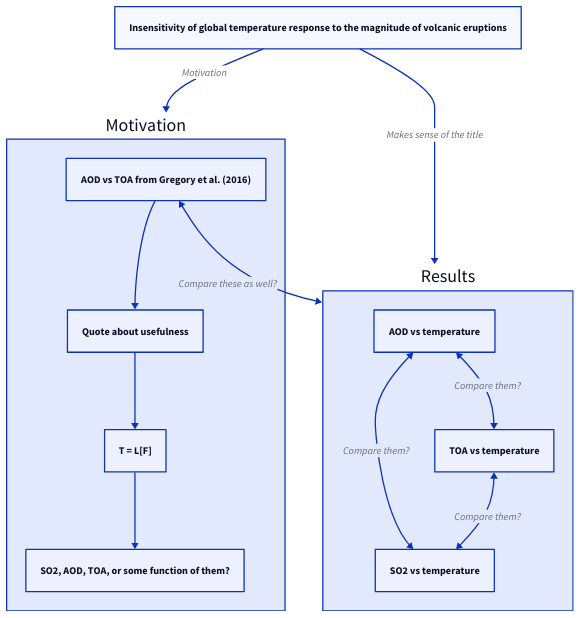
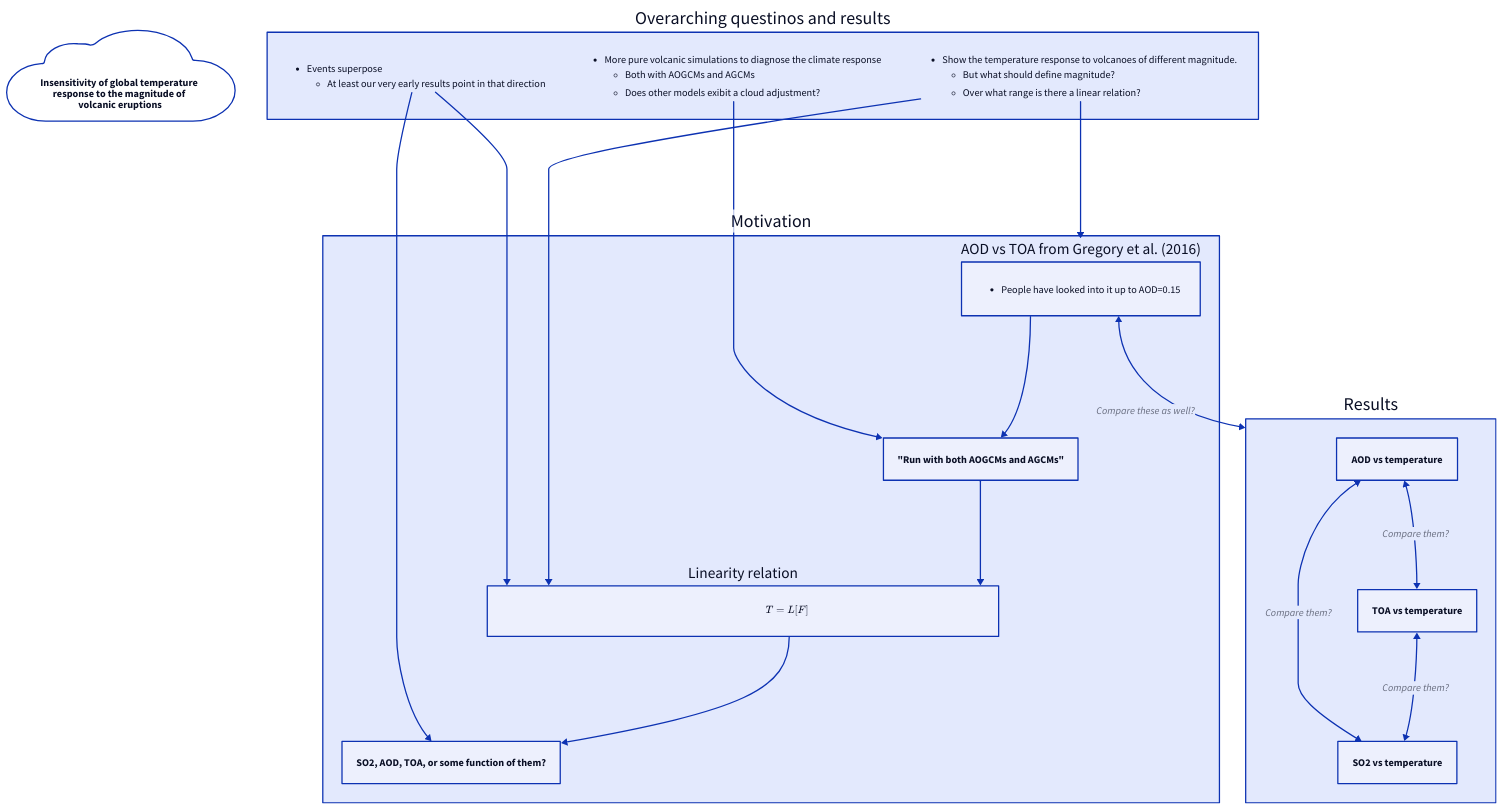
The diagram in content/attachments/egu.d2 (engeir/slides), drawn with D2 before and after one commit. The commit also changed 5 other files, not shown here.

Commit message:
chore: more logo stuff and other stuff added and moved around

```diff
--- a/content/attachments/egu.d2
+++ b/content/attachments/egu.d2
@@ -1,26 +1,60 @@
-title: Insensitivity of global temperature response to the magnitude of volcanic eruptions
+# Generated form root with
+# d2 --force-appendix --dark-theme 200 --theme 200 --watch --sketch content/attachments/egu.d2 out.svg
+
+title: Insensitivity of global temperature \nresponse to the magnitude of \nvolcanic eruptions
+title.shape: cloud
+
+view: Overarching questinos and results {
+  q1: |md
+    - Show the temperature response to volcanoes of different magnitude.
+      - But what should define magnitude?
+      - Over what range is there a linear relation?
+  |
+  q2: |md
+    - More pure volcanic simulations to diagnose the climate response
+      - Both with AOGCMs and AGCMs
+      - Does other models exibit a cloud adjustment?
+  |
+  q3: |md
+    - Events superpose
+      - At least our very early results point in that direction
+  |
+}
 
 motivation: Motivation {
-  plt: AOD vs TOA from Gregory et al. (2016)
-  quote: Quote about usefulness
-  linearity_formula: T = L\[F\]
+  plt: "AOD vs TOA from Gregory et al. (2016)" {
+    formula: |md
+    - People have looked into it up to AOD=0.15
+    |
+  }
+  quote: '"Run with both AOGCMs and AGCMs"'
+  linearity_formula: "Linearity relation" {
+    formula: |latex
+    T = L\[F\]
+    |
+  }
   alternatives: SO2, AOD, TOA, or some function of them?
 
-  plt -> quote
-  quote -> linearity_formula
-  linearity_formula -> alternatives
+  plt ->\
+    quote ->\
+    linearity_formula ->\
+    alternatives
 }
 
 results: Results {
   aodtmp: AOD vs temperature
   toatmp: TOA vs temperature
   so2tmp: SO2 vs temperature
 
-  aodtmp <-> toatmp: Compare them?
-  aodtmp <-> so2tmp: Compare them?
-  toatmp <-> so2tmp: Compare them?
+  aodtmp <-> toatmp <-> so2tmp <-> aodtmp: Compare them?
 }
 
-title -> motivation: "Motivation"
-title -> results: "Makes sense of the title"
-motivation.plt <-> results: "Compare these as well?"
+view.q1 -> motivation.plt
+view.q1 -> motivation.linearity_formula
+view.q2 -> motivation.quote
+view.q3 -> motivation.linearity_formula
+view.q3 -> motivation.alternatives
+
+# title -> motivation: To start it off
+# title -> results: Makes sense of the title
+motivation.plt <-> results: Compare these as well?
```
